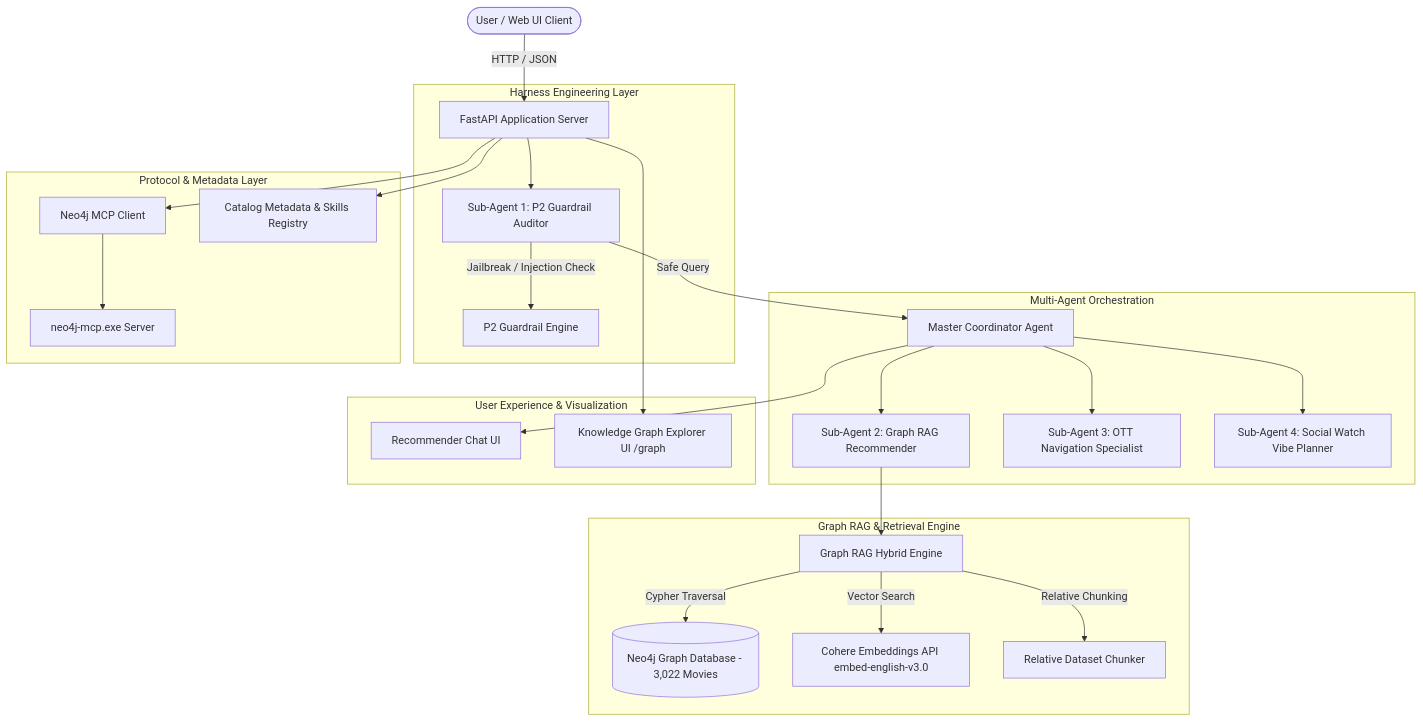
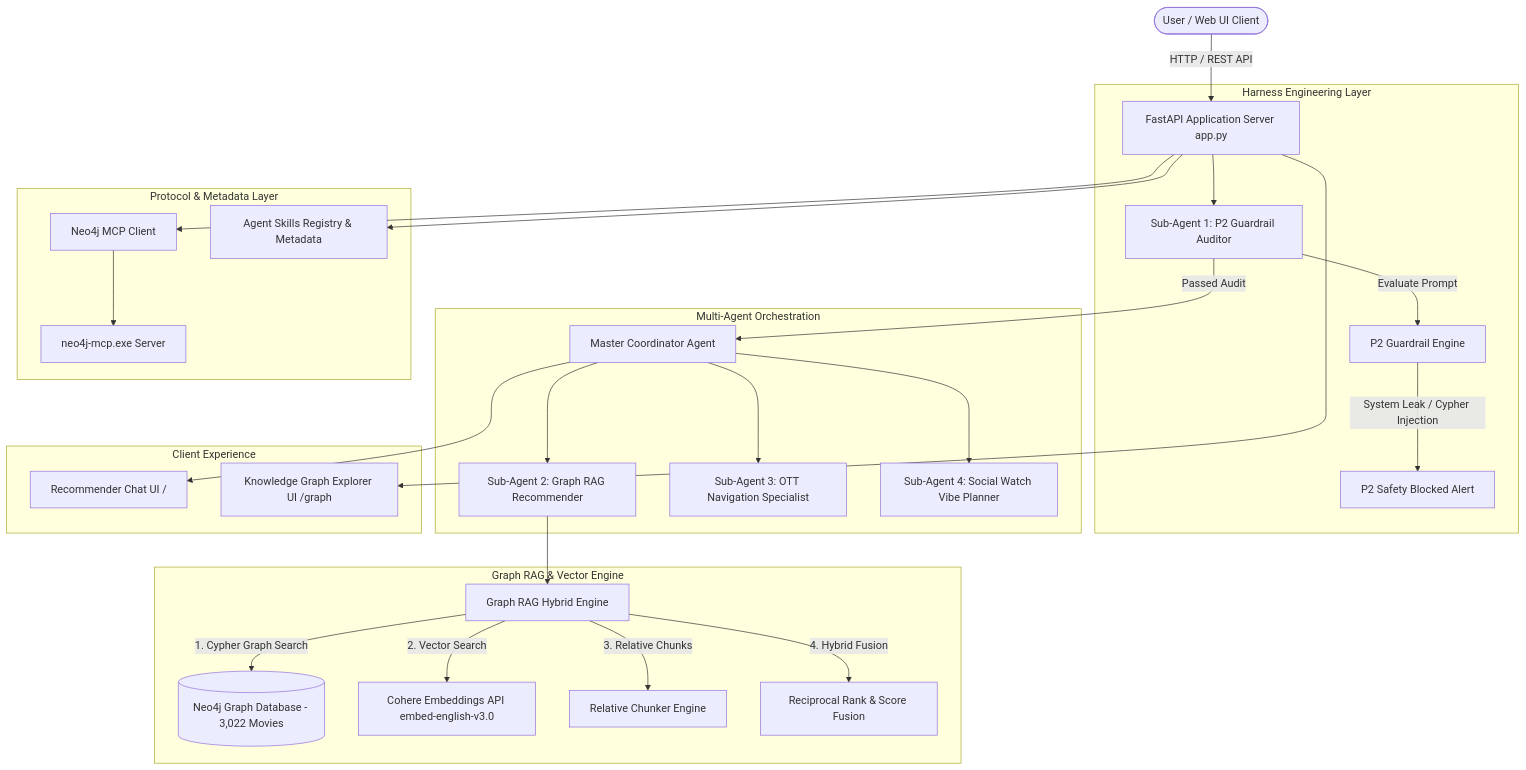
The first of 5 diagrams in ARCHITECTURE.md (gondchawarswaraj45/Moviemaxx), drawn with Mermaid before and after one commit. The commit also changed other lines of this file and 6 other files, not shown here.

Commit message:
docs: add UI screenshots and update system architecture documentation

````diff
--- a/ARCHITECTURE.md
+++ b/ARCHITECTURE.md
@@ -9,34 +11,36 @@
 ```mermaid
 flowchart TD
-    User([User / Web UI Client]) -->|HTTP / JSON| FastAPI[FastAPI Application Server]
+    User([User / Web UI Client]) -->|HTTP / REST API| FastAPI[FastAPI Application Server app.py]
     
     subgraph Harness Engineering Layer
         FastAPI --> GuardrailAgent[Sub-Agent 1: P2 Guardrail Auditor]
-        GuardrailAgent -->|Jailbreak / Injection Check| P2Engine[P2 Guardrail Engine]
+        GuardrailAgent -->|Evaluate Prompt| P2Engine[P2 Guardrail Engine]
+        P2Engine -->|System Leak / Cypher Injection| SafetyBlock[P2 Safety Blocked Alert]
     end
 
     subgraph Multi-Agent Orchestration
-        GuardrailAgent -->|Safe Query| Coordinator[Master Coordinator Agent]
+        GuardrailAgent -->|Passed Audit| Coordinator[Master Coordinator Agent]
         Coordinator --> RecommenderAgent[Sub-Agent 2: Graph RAG Recommender]
         Coordinator --> StreamingAgent[Sub-Agent 3: OTT Navigation Specialist]
         Coordinator --> WatchPlannerAgent[Sub-Agent 4: Social Watch Vibe Planner]
     end
 
-    subgraph Graph RAG & Retrieval Engine
+    subgraph Graph RAG & Vector Engine
         RecommenderAgent --> GraphRAG[Graph RAG Hybrid Engine]
-        GraphRAG -->|Cypher Traversal| Neo4j[(Neo4j Graph Database - 3,022 Movies)]
-        GraphRAG -->|Vector Search| CohereEmbedder[Cohere Embeddings API embed-english-v3.0]
-        GraphRAG -->|Relative Chunking| Chunker[Relative Dataset Chunker]
+        GraphRAG -->|1. Cypher Graph Search| Neo4j[(Neo4j Graph Database - 3,022 Movies)]
+        GraphRAG -->|2. Vector Search| Cohere[Cohere Embeddings API embed-english-v3.0]
+        GraphRAG -->|3. Relative Chunks| Chunker[Relative Chunker Engine]
+        GraphRAG -->|4. Hybrid Fusion| Fusion[Reciprocal Rank & Score Fusion]
     end
 
     subgraph Protocol & Metadata Layer
         FastAPI --> MCPClient[Neo4j MCP Client]
         MCPClient --> MCPExe[neo4j-mcp.exe Server]
-        FastAPI --> MetadataSkills[Catalog Metadata & Skills Registry]
+        FastAPI --> SkillRegistry[Agent Skills Registry & Metadata]
     end
 
-    subgraph User Experience & Visualization
-        Coordinator --> WebUI[Recommender Chat UI]
+    subgraph Client Experience
+        Coordinator --> RecommenderUI[Recommender Chat UI /]
         FastAPI --> GraphUI[Knowledge Graph Explorer UI /graph]
     end
 ```
````
